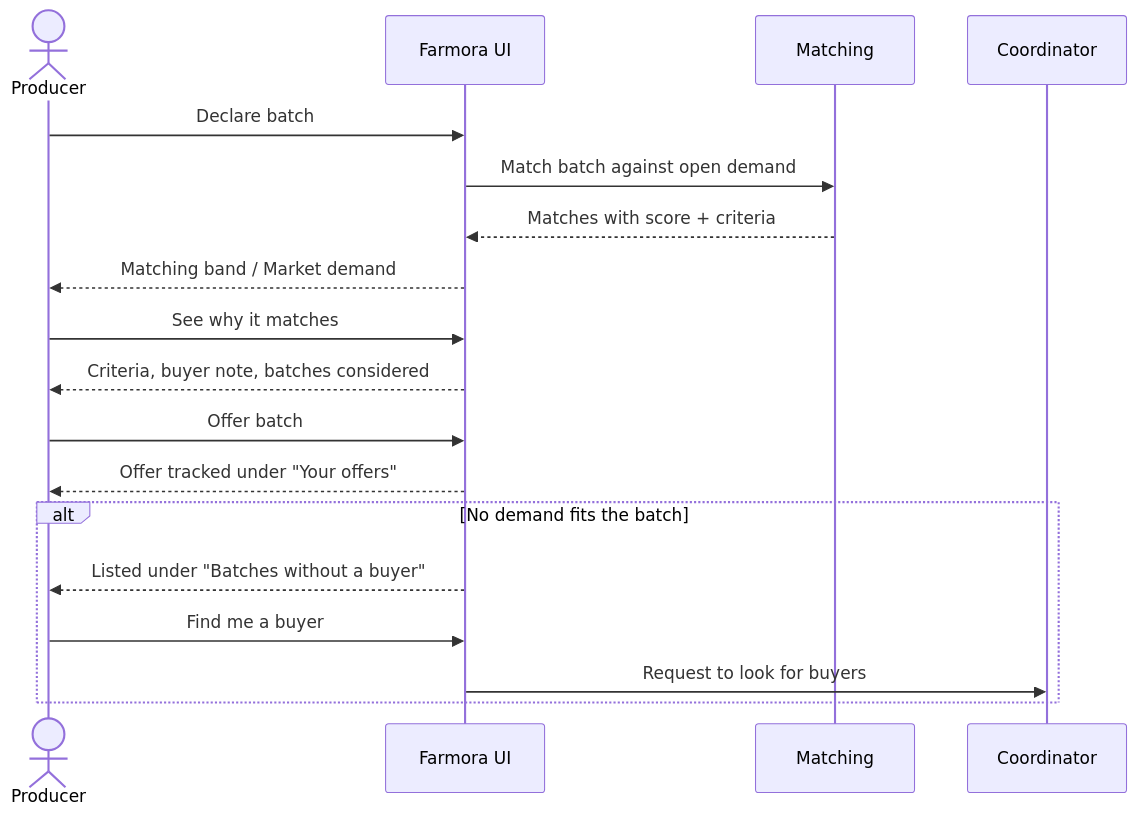
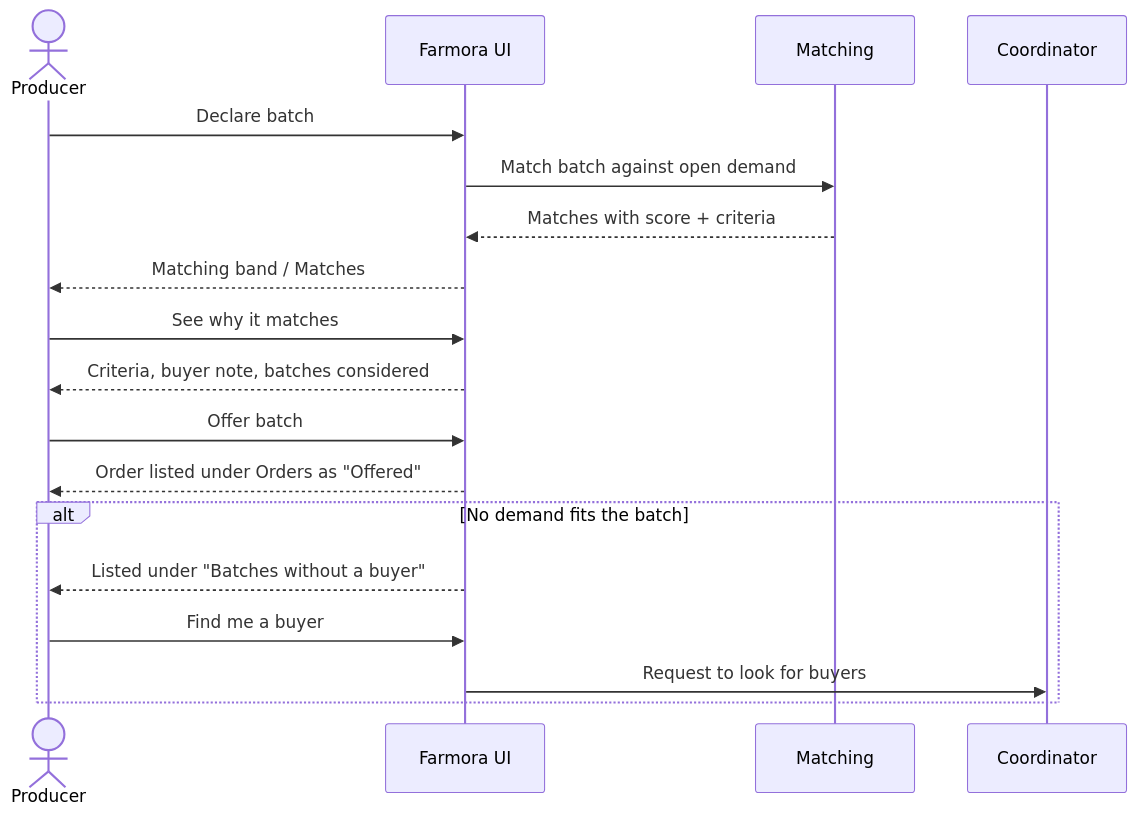
One commit to DACN-Manifest-NongNh-p/agri-supply-demand-platform changed the fourth of 6 diagrams in docs/producer/README.md. Above: the diagram before and after it, drawn with Mermaid. The commit also changed other lines of this file and 97 other files, not shown here.

````diff
--- a/docs/producer/README.md
+++ b/docs/producer/README.md
@@ -129,21 +135,21 @@
 ```mermaid
 sequenceDiagram
     actor P as Producer
     participant UI as Farmora UI
     participant M as Matching
     participant C as Coordinator
 
     P->>UI: Declare batch
     UI->>M: Match batch against open demand
     M-->>UI: Matches with score + criteria
-    UI-->>P: Matching band / Market demand
+    UI-->>P: Matching band / Matches
     P->>UI: See why it matches
     UI-->>P: Criteria, buyer note, batches considered
     P->>UI: Offer batch
-    UI-->>P: Offer tracked under "Your offers"
+    UI-->>P: Order listed under Orders as "Offered"
     alt No demand fits the batch
         UI-->>P: Listed under "Batches without a buyer"
         P->>UI: Find me a buyer
         UI->>C: Request to look for buyers
     end
 ```
````
